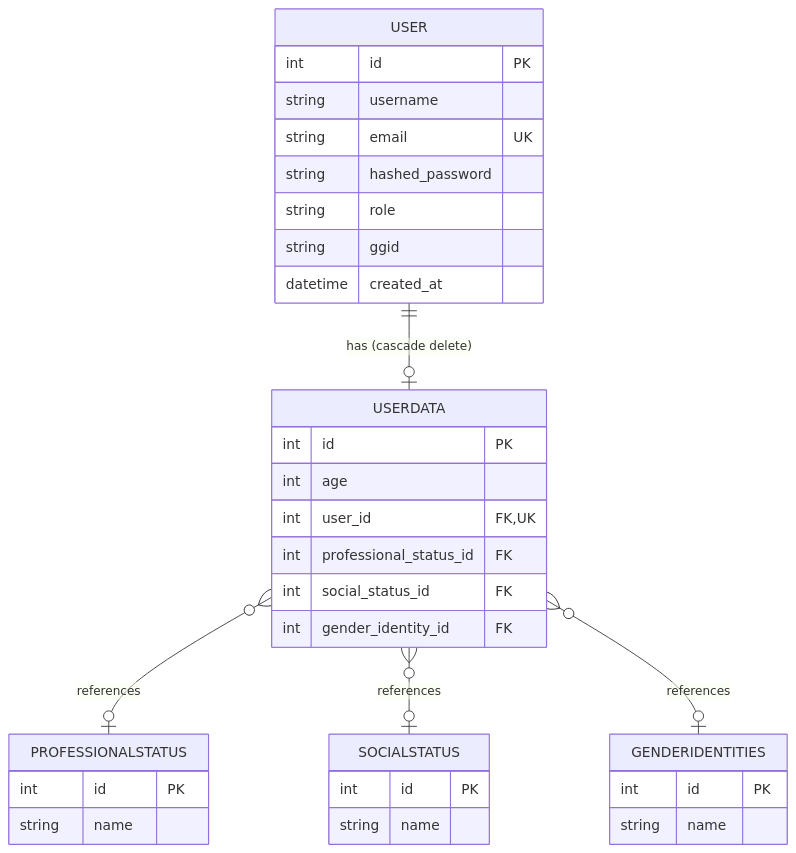
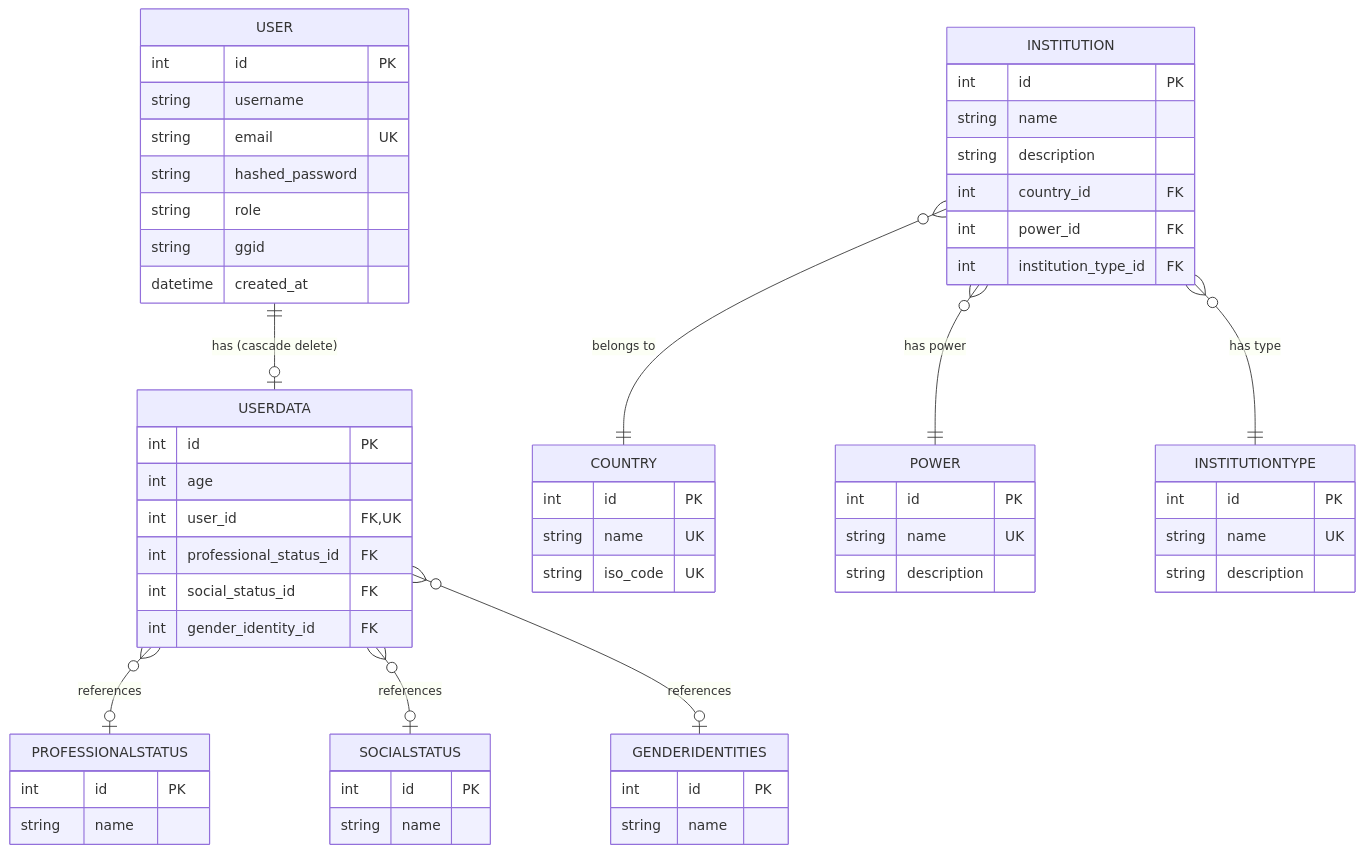
One commit to MaxRoiron/Edupo changed the diagram in docs/backend/database.md. Above: the diagram before and after it, drawn with Mermaid. The commit also changed other lines of this file and 1 other file, not shown here.

````diff
--- a/docs/backend/database.md
+++ b/docs/backend/database.md
@@ -9,41 +9,72 @@
 ```mermaid
 erDiagram
     USER {
         int id PK
         string username
         string email UK
         string hashed_password
         string role
         string ggid
         datetime created_at
     }
 
     USERDATA {
         int id PK
         int age
         int user_id FK, UK
         int professional_status_id FK
         int social_status_id FK
         int gender_identity_id FK
     }
 
     PROFESSIONALSTATUS {
         int id PK
         string name
     }
 
     SOCIALSTATUS {
         int id PK
         string name
     }
 
     GENDERIDENTITIES {
         int id PK
         string name
     }
 
+    COUNTRY {
+        int id PK
+        string name UK
+        string iso_code UK
+    }
+
+    POWER {
+        int id PK
+        string name UK
+        string description
+    }
+
+    INSTITUTIONTYPE {
+        int id PK
+        string name UK
+        string description
+    }
+
+    INSTITUTION {
+        int id PK
+        string name
+        string description
+        int country_id FK
+        int power_id FK
+        int institution_type_id FK
+    }
+
     USER ||--o| USERDATA : "has (cascade delete)"
     USERDATA }o--o| PROFESSIONALSTATUS : "references"
     USERDATA }o--o| SOCIALSTATUS : "references"
     USERDATA }o--o| GENDERIDENTITIES : "references"
+
+    INSTITUTION }o--|| COUNTRY : "belongs to"
+    INSTITUTION }o--|| POWER : "has power"
+    INSTITUTION }o--|| INSTITUTIONTYPE : "has type"
 ```
````
